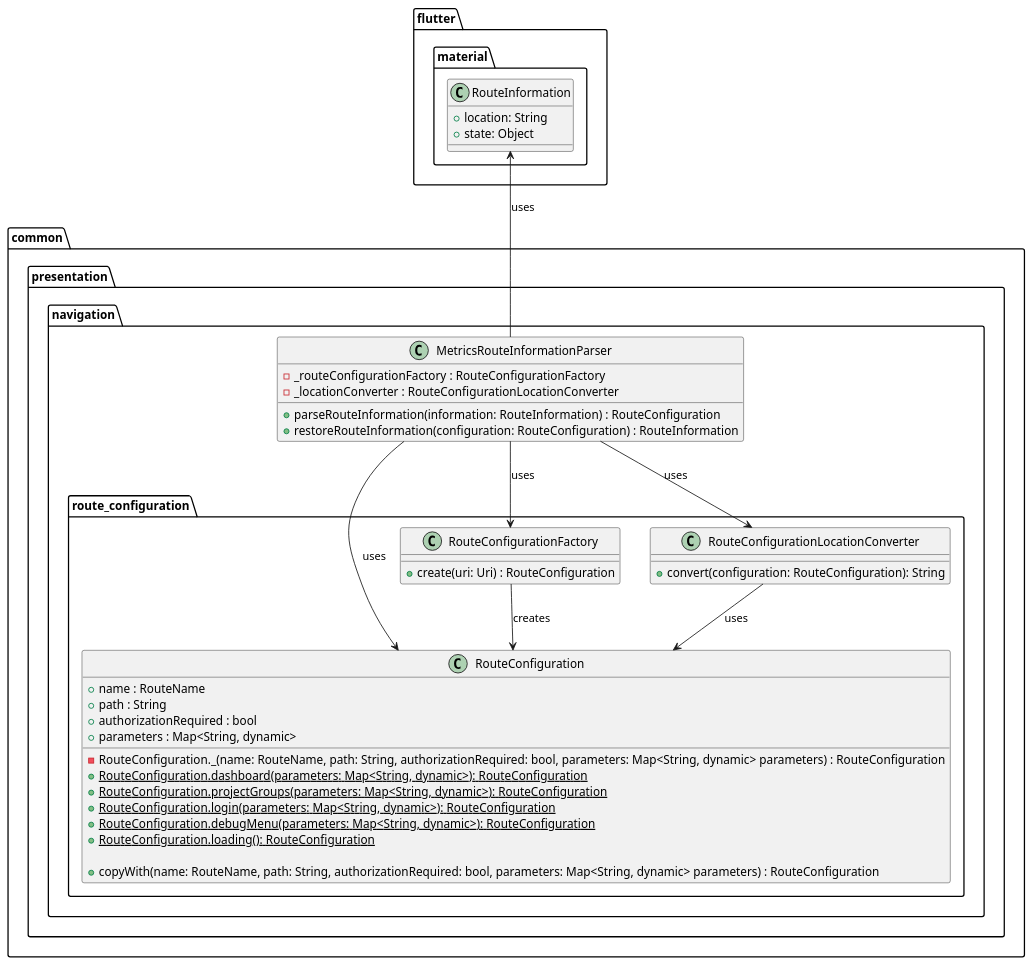
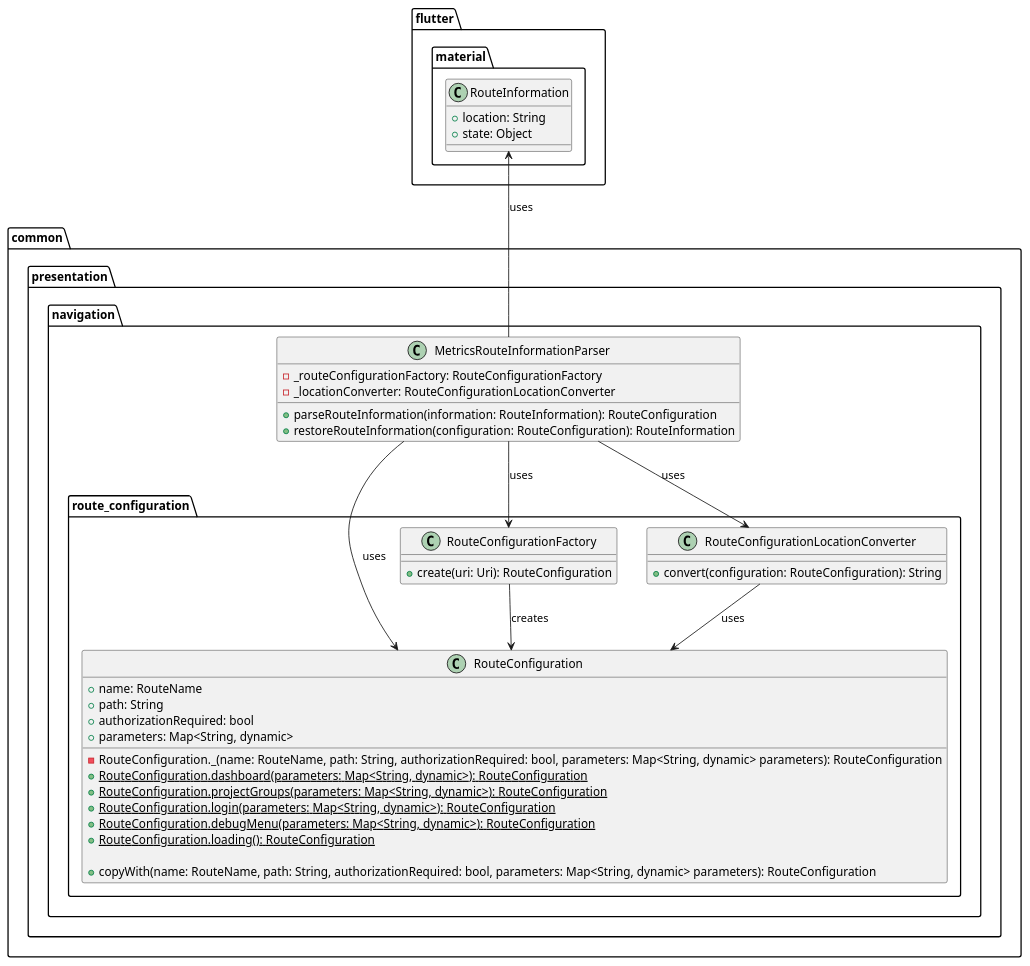
Before and after one commit to Flank/flank-dashboard: the diagram in metrics/web/docs/features/deep_links/diagrams/parsing_deep_links_class_diagram.puml, drawn with PlantUML. The commit also changed 11 other files, not shown here.

Commit message:
Format diagrams

```diff
--- a/metrics/web/docs/features/deep_links/diagrams/parsing_deep_links_class_diagram.puml
+++ b/metrics/web/docs/features/deep_links/diagrams/parsing_deep_links_class_diagram.puml
@@ -1,55 +1,55 @@
 @startuml parsing_deep_links_class_diagram
 
 package common.presentation.navigation {
     class MetricsRouteInformationParser {
-        - _routeConfigurationFactory : RouteConfigurationFactory
-        - _locationConverter : RouteConfigurationLocationConverter
+        - _routeConfigurationFactory: RouteConfigurationFactory
+        - _locationConverter: RouteConfigurationLocationConverter
 
-        + parseRouteInformation(information: RouteInformation) : RouteConfiguration
-        + restoreRouteInformation(configuration: RouteConfiguration) : RouteInformation
+        + parseRouteInformation(information: RouteInformation): RouteConfiguration
+        + restoreRouteInformation(configuration: RouteConfiguration): RouteInformation
     }
 
     package route_configuration {
         class RouteConfiguration {
-            + name : RouteName
-            + path : String
-            + authorizationRequired : bool
-            + parameters : Map<String, dynamic>
+            + name: RouteName
+            + path: String
+            + authorizationRequired: bool
+            + parameters: Map<String, dynamic>
 
-            - RouteConfiguration._(name: RouteName, path: String, authorizationRequired: bool, parameters: Map<String, dynamic> parameters) : RouteConfiguration
+            - RouteConfiguration._(name: RouteName, path: String, authorizationRequired: bool, parameters: Map<String, dynamic> parameters): RouteConfiguration
             + {static} RouteConfiguration.dashboard(parameters: Map<String, dynamic>): RouteConfiguration
             + {static} RouteConfiguration.projectGroups(parameters: Map<String, dynamic>): RouteConfiguration
             + {static} RouteConfiguration.login(parameters: Map<String, dynamic>): RouteConfiguration
             + {static} RouteConfiguration.debugMenu(parameters: Map<String, dynamic>): RouteConfiguration
             + {static} RouteConfiguration.loading(): RouteConfiguration
 
-            + copyWith(name: RouteName, path: String, authorizationRequired: bool, parameters: Map<String, dynamic> parameters) : RouteConfiguration
+            + copyWith(name: RouteName, path: String, authorizationRequired: bool, parameters: Map<String, dynamic> parameters): RouteConfiguration
         }
 
         class RouteConfigurationFactory {
-            + create(uri: Uri) : RouteConfiguration
+            + create(uri: Uri): RouteConfiguration
         }
 
         class RouteConfigurationLocationConverter {
             + convert(configuration: RouteConfiguration): String
         }
     }
 }
 
 package flutter.material {
     class RouteInformation {
         + location: String
         + state: Object
     }
 }
 
-MetricsRouteInformationParser --> RouteConfiguration : uses
-MetricsRouteInformationParser -up-> RouteInformation : uses
-MetricsRouteInformationParser --> RouteConfigurationFactory : uses
-MetricsRouteInformationParser --> RouteConfigurationLocationConverter : uses
+MetricsRouteInformationParser --> RouteConfiguration: uses
+MetricsRouteInformationParser -up-> RouteInformation: uses
+MetricsRouteInformationParser --> RouteConfigurationFactory: uses
+MetricsRouteInformationParser --> RouteConfigurationLocationConverter: uses
 
-RouteConfigurationFactory --> RouteConfiguration : creates
+RouteConfigurationFactory --> RouteConfiguration: creates
 
-RouteConfigurationLocationConverter --> RouteConfiguration : uses
+RouteConfigurationLocationConverter --> RouteConfiguration: uses
 
 @enduml
```
